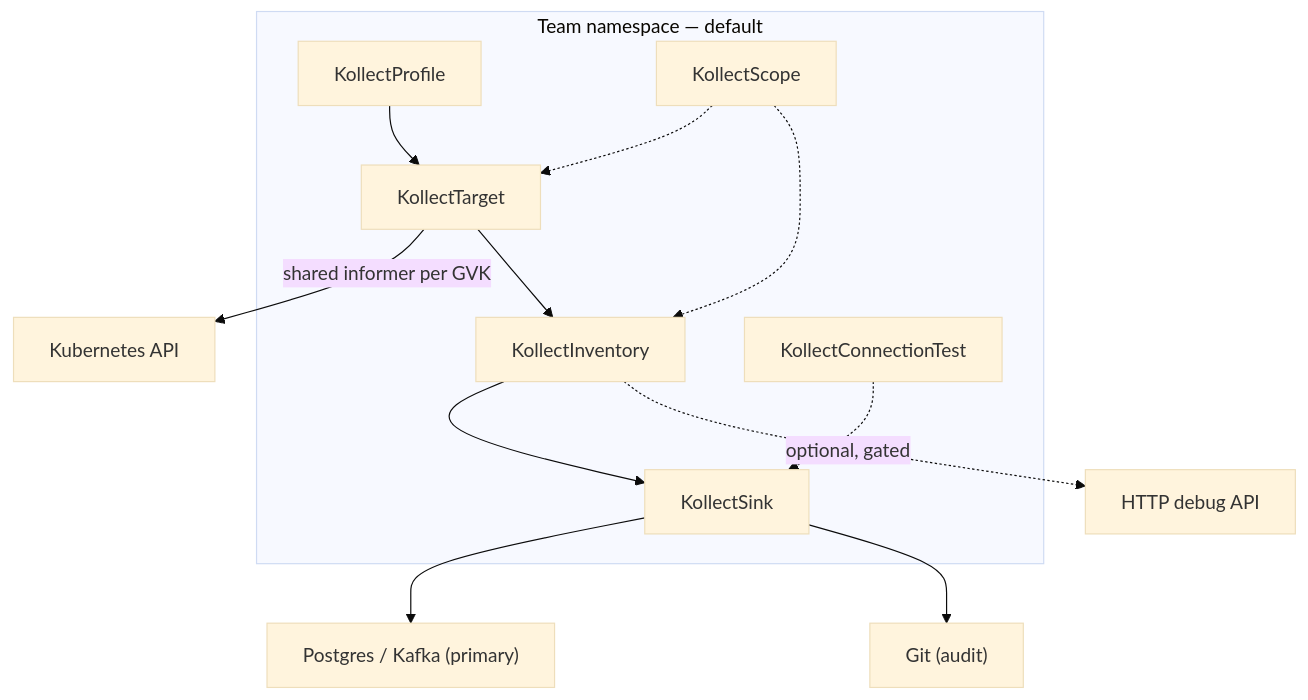
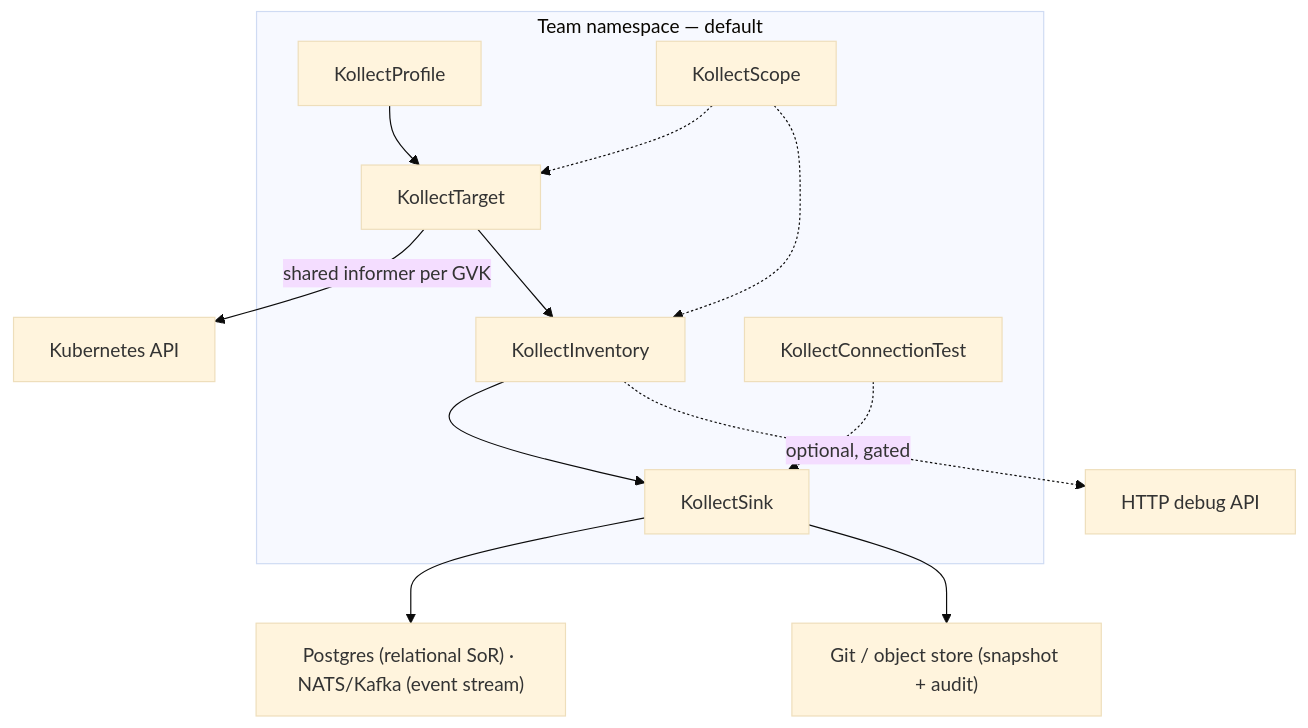
The first of 2 diagrams in docs/ARCHITECTURE.md (PlatformRelay/Kollect), drawn with Mermaid (base theme) before and after one commit. The commit also changed other lines of this file and 131 other files, not shown here.

````diff
--- a/docs/ARCHITECTURE.md
+++ b/docs/ARCHITECTURE.md
@@ -27,22 +35,22 @@
 ```mermaid
 flowchart TD
   subgraph teamNs [Team namespace — default]
     Profile["KollectProfile"]
     Sink["KollectSink"]
     Scope["KollectScope"]
     Target["KollectTarget"]
     Inv["KollectInventory"]
     ConnTest["KollectConnectionTest"]
   end
 
   Profile --> Target
   Scope -.-> Target
   Scope -.-> Inv
   Target -->|"shared informer per GVK"| K8s["Kubernetes API"]
   Target --> Inv
   Inv --> Sink
   ConnTest -.-> Sink
-  Sink --> DB["Postgres / Kafka (primary)"]
-  Sink --> Git["Git (audit)"]
+  Sink --> DB["Postgres (relational SoR) · NATS/Kafka (event stream)"]
+  Sink --> Git["Git / object store (snapshot + audit)"]
   Inv -.->|"optional, gated"| HTTP["HTTP debug API"]
 ```
````
